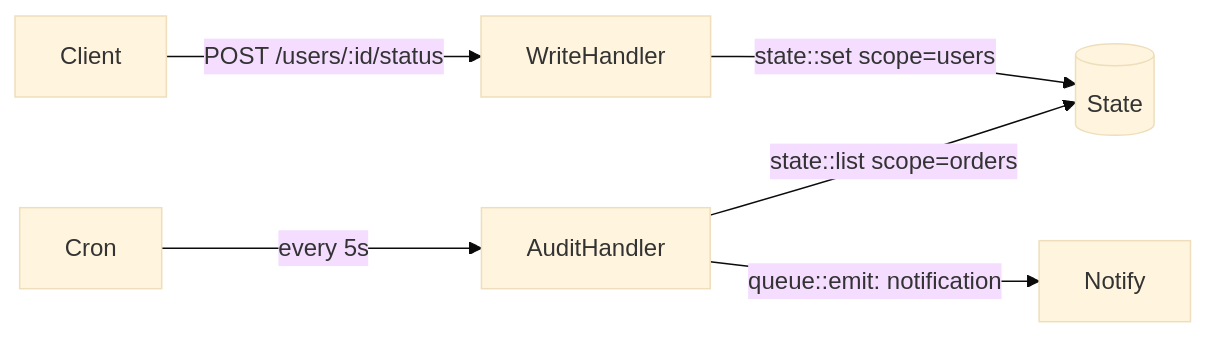
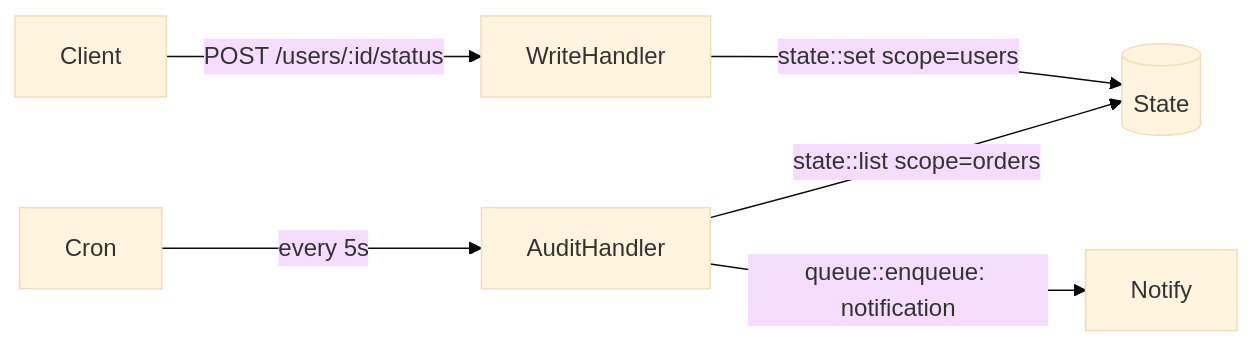
One commit to iii-hq/docs changed the diagram in content/examples/state-management.mdx. Above: the diagram before and after it, drawn with Mermaid (base theme). The commit also changed other lines of this file and 11 other files, not shown here.

First line of the commit message:
refactor: replace queue::emit with queue::enqueue in examples

````diff
--- a/content/examples/state-management.mdx
+++ b/content/examples/state-management.mdx
@@ -9,8 +9,8 @@
 ```mermaid
 graph LR
     Client -->|"POST /users/:id/status"| WriteHandler
     WriteHandler -->|"state::set scope=users"| StateStore[(State)]
     Cron -->|"every 5s"| AuditHandler
     AuditHandler -->|"state::list scope=orders"| StateStore
-    AuditHandler -->|"queue::emit: notification"| Notify
+    AuditHandler -->|"queue::enqueue: notification"| Notify
 ```
````
